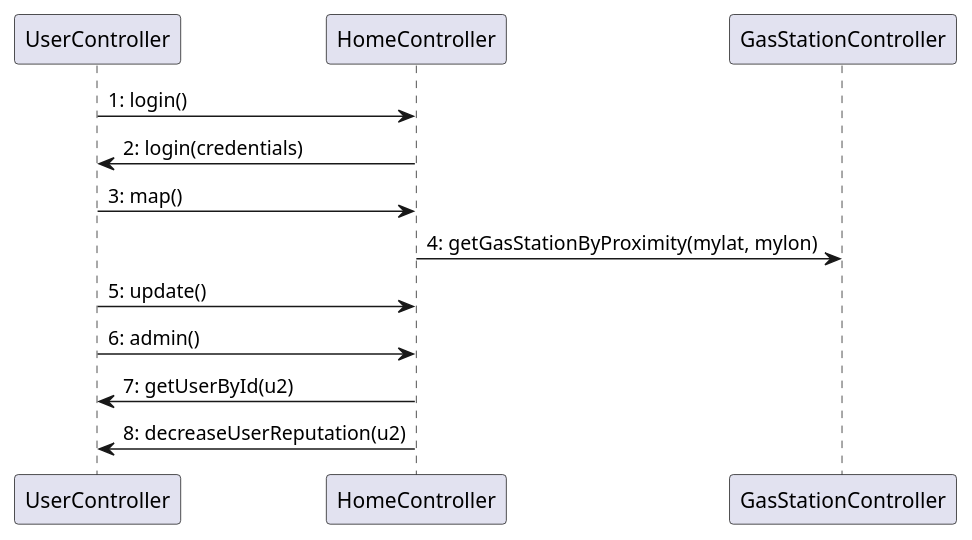
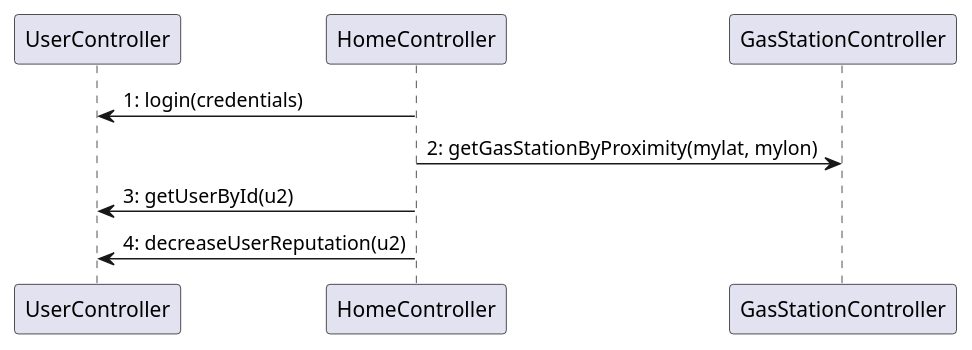
The sixth of 6 diagrams in docs/DesignDocument.md (LucaOddoneSE/EZGas), drawn with PlantUML before and after one commit. The commit also changed other lines of this file, not shown here.

Commit message:
docs: fix verification sequence diagrams

````diff
--- a/docs/DesignDocument.md
+++ b/docs/DesignDocument.md
@@ -642,12 +638,8 @@
 ```plantuml
 @startuml
-UserController -> HomeController : 1: login()
-UserController <- HomeController : 2: login(credentials)
-UserController -> HomeController : 3: map()
-HomeController -> GasStationController : 4: getGasStationByProximity(mylat, mylon)
-UserController -> HomeController : 5: update()
-UserController -> HomeController : 6: admin()
-UserController <- HomeController : 7: getUserById(u2)
-UserController <- HomeController : 8: decreaseUserReputation(u2)
+UserController <- HomeController : 1: login(credentials)
+HomeController -> GasStationController : 2: getGasStationByProximity(mylat, mylon)
+UserController <- HomeController : 3: getUserById(u2)
+UserController <- HomeController : 4: decreaseUserReputation(u2)
 @enduml
 ```
````
